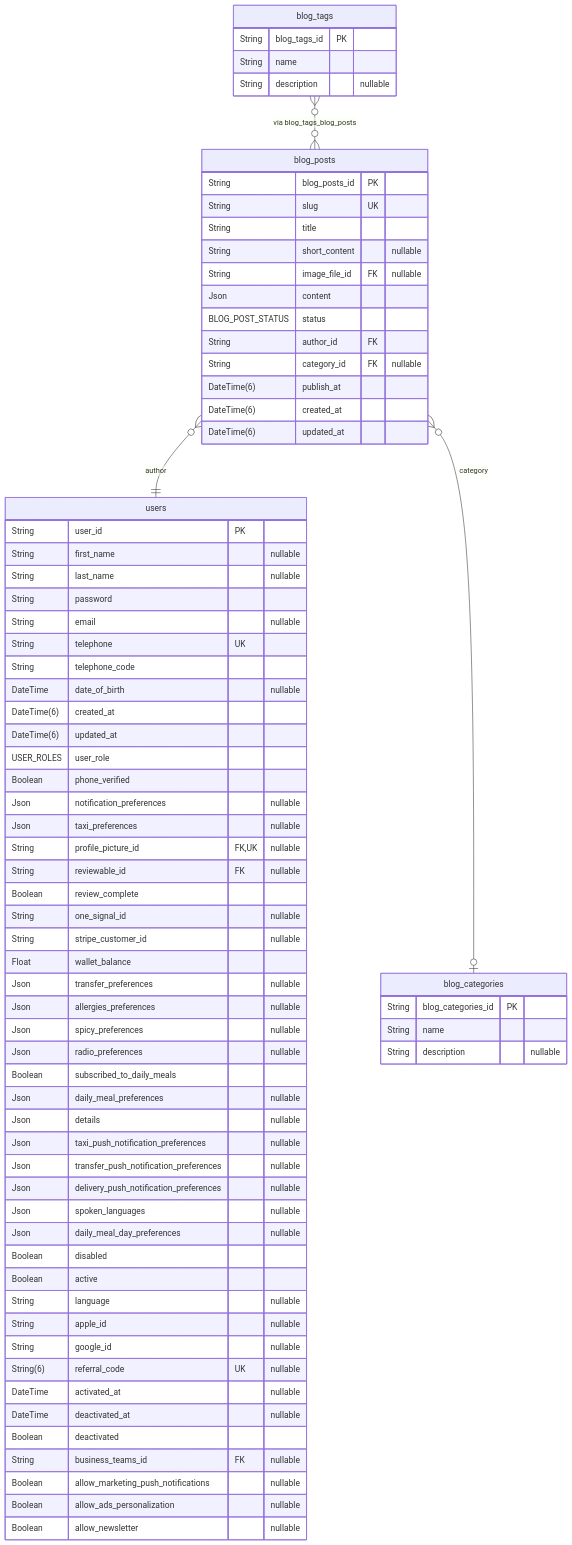
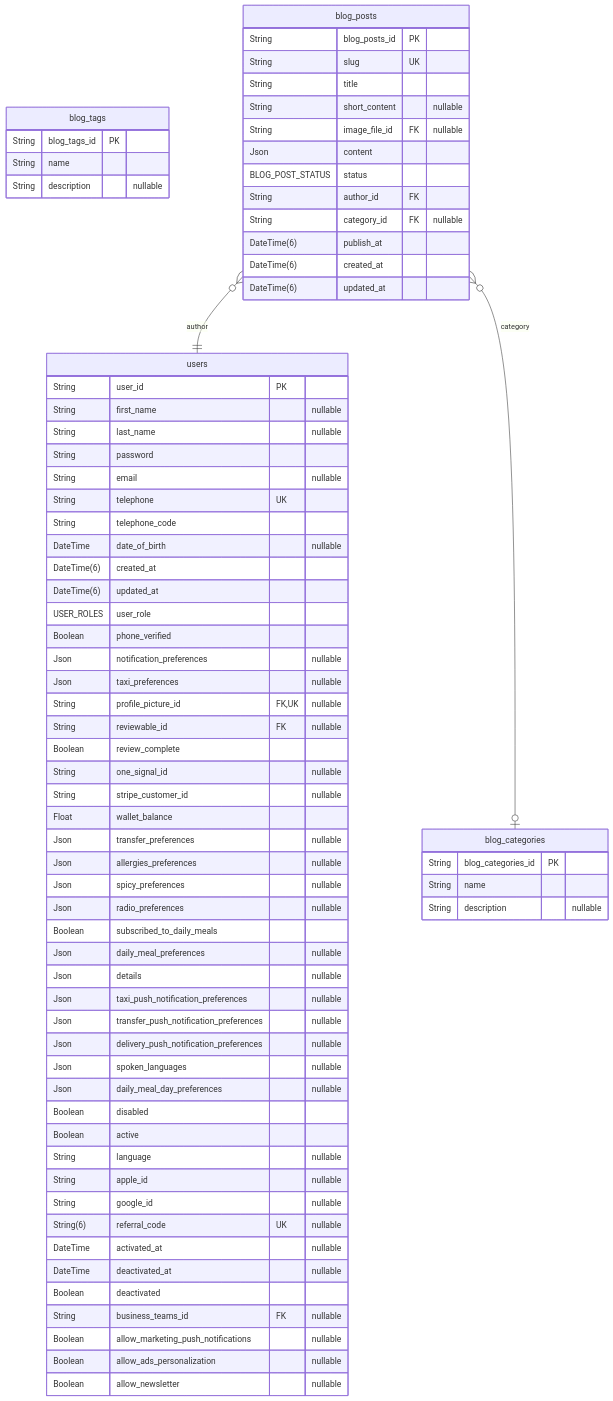
Diagram 18 of 40 in prisma/schemas/ERD.md (pbozic/be-analyisis), drawn with Mermaid before and after one commit. The commit also changed other lines of this file and 18 other files, not shown here.

````diff
--- a/prisma/schemas/ERD.md
+++ b/prisma/schemas/ERD.md
@@ -3050,77 +3036,76 @@
 ```mermaid
 erDiagram
 "blog_tags" {
   String blog_tags_id PK
   String name
   String description "nullable"
 }
 "blog_categories" {
   String blog_categories_id PK
   String name
   String description "nullable"
 }
 "blog_posts" {
   String blog_posts_id PK
   String slug UK
   String title
   String short_content "nullable"
   String image_file_id FK "nullable"
   Json content
   BLOG_POST_STATUS status
   String author_id FK
   String category_id FK "nullable"
   DateTime(6) publish_at
   DateTime(6) created_at
   DateTime(6) updated_at
 }
 "users" {
   String user_id PK
   String first_name "nullable"
   String last_name "nullable"
   String password
   String email "nullable"
   String telephone UK
   String telephone_code
   DateTime date_of_birth "nullable"
   DateTime(6) created_at
   DateTime(6) updated_at
   USER_ROLES user_role
   Boolean phone_verified
   Json notification_preferences "nullable"
   Json taxi_preferences "nullable"
   String profile_picture_id FK,UK "nullable"
   String reviewable_id FK "nullable"
   Boolean review_complete
   String one_signal_id "nullable"
   String stripe_customer_id "nullable"
   Float wallet_balance
   Json transfer_preferences "nullable"
   Json allergies_preferences "nullable"
   Json spicy_preferences "nullable"
   Json radio_preferences "nullable"
   Boolean subscribed_to_daily_meals
   Json daily_meal_preferences "nullable"
   Json details "nullable"
   Json taxi_push_notification_preferences "nullable"
   Json transfer_push_notification_preferences "nullable"
   Json delivery_push_notification_preferences "nullable"
   Json spoken_languages "nullable"
   Json daily_meal_day_preferences "nullable"
   Boolean disabled
   Boolean active
   String language "nullable"
   String apple_id "nullable"
   String google_id "nullable"
   String(6) referral_code UK "nullable"
   DateTime activated_at "nullable"
   DateTime deactivated_at "nullable"
   Boolean deactivated
   String business_teams_id FK "nullable"
   Boolean allow_marketing_push_notifications "nullable"
   Boolean allow_ads_personalization "nullable"
   Boolean allow_newsletter "nullable"
 }
 "blog_posts" }o--|| "users" : author
 "blog_posts" }o--o| "blog_categories" : category
-"blog_tags" }o--o{ "blog_posts" : "via blog_tags_blog_posts"
 ```
````
